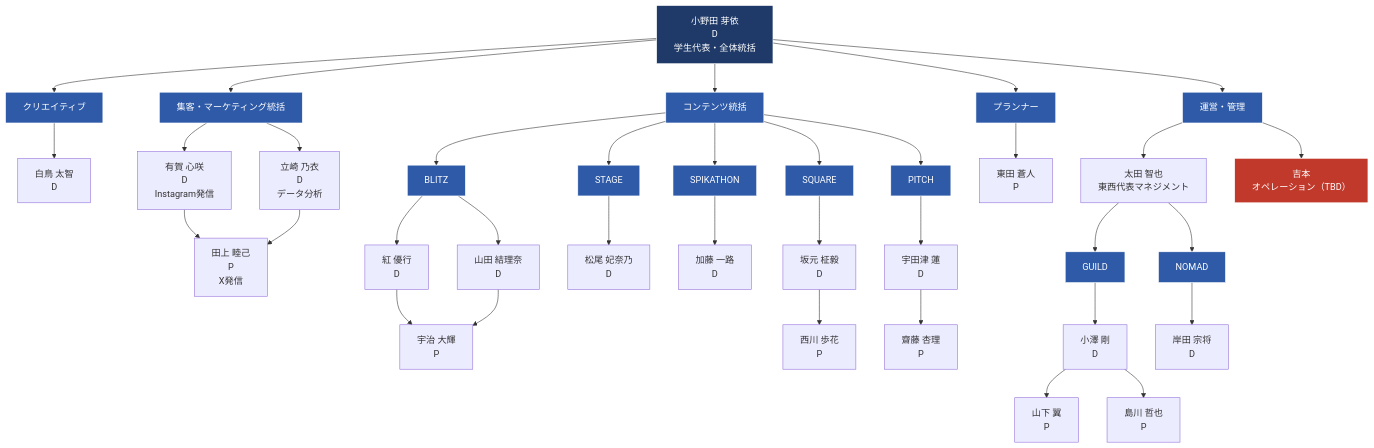
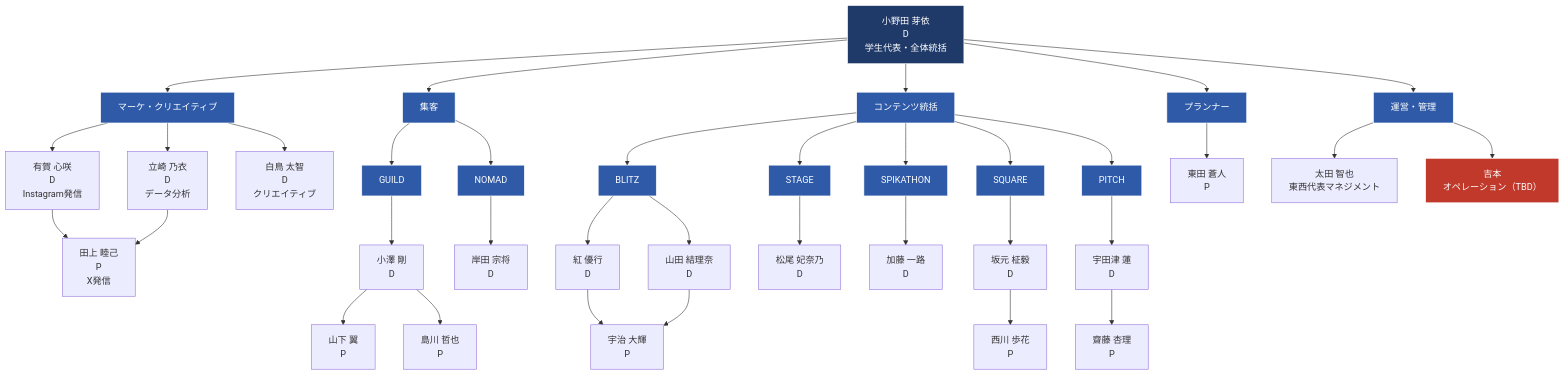
The first of 2 diagrams in spikes-org-chart.md (liofval/spikes_hr), drawn with Mermaid before and after one commit. The commit also changed other lines of this file and 1 other file, not shown here.

Commit message:
マーケ・クリエイティブと集客を分離
- 旧 MktHQ を「マーケ・クリエイティブ」に改称、白鳥（クリエイティブ）を統合
- 新規「集客」グループを設置し GUILD/NOMAD を配置
- 担当者マップ側の subgraph も同構造に再編

````diff
--- a/spikes-org-chart.md
+++ b/spikes-org-chart.md
@@ -7,58 +7,58 @@
 ```mermaid
 graph TD
     Onoda["小野田 芽依<br/>D<br/>学生代表・全体統括"]
 
-    Onoda --> CreativeHQ["クリエイティブ"]
-    Onoda --> MktHQ["集客・マーケティング統括"]
+    Onoda --> MktHQ["マーケ・クリエイティブ"]
+    Onoda --> PromoHQ["集客"]
     Onoda --> ContentHQ["コンテンツ統括"]
     Onoda --> PlannerHQ["プランナー"]
     Onoda --> OpsHQ["運営・管理"]
 
-    %% 集客
+    %% マーケ・クリエイティブ
     MktHQ --> Aruga["有賀 心咲<br/>D<br/>Instagram発信"]
     MktHQ --> Tatsuzaki["立崎 乃衣<br/>D<br/>データ分析"]
+    MktHQ --> Shiratori["白鳥 太智<br/>D<br/>クリエイティブ"]
     Aruga --> Tagami["田上 睦己<br/>P<br/>X発信"]
     Tatsuzaki --> Tagami
-    Ota --> GUILD["GUILD"]
-    Ota --> NOMAD["NOMAD"]
+
+    %% 集客
+    PromoHQ --> GUILD["GUILD"]
+    PromoHQ --> NOMAD["NOMAD"]
     GUILD --> Ozawa["小澤 剛<br/>D"]
     Ozawa --> Yamashita["山下 翼<br/>P"]
     Ozawa --> Shimakawa["島川 哲也<br/>P"]
     NOMAD --> Kishida["岸田 宗将<br/>D"]
 
     %% コンテンツ
     ContentHQ --> BLITZ["BLITZ"]
     ContentHQ --> STAGE["STAGE"]
     ContentHQ --> SPIKATHON["SPIKATHON"]
     ContentHQ --> SQUARE["SQUARE"]
     ContentHQ --> PITCH["PITCH"]
     BLITZ --> Kurenai["紅 優行<br/>D"]
     BLITZ --> Yamada["山田 結理奈<br/>D"]
     Kurenai --> Uji["宇治 大輝<br/>P"]
     Yamada --> Uji
     STAGE --> Matsuo["松尾 妃奈乃<br/>D"]
     SPIKATHON --> Kato["加藤 一路<br/>D"]
     SQUARE --> Sakamoto["坂元 柾毅<br/>D"]
     Sakamoto --> Nishikawa["西川 歩花<br/>P"]
     PITCH --> Udatsu["宇田津 蓮<br/>D"]
     Udatsu --> Saito["齋藤 杏理<br/>P"]
 
-    %% クリエイティブ
-    CreativeHQ --> Shiratori["白鳥 太智<br/>D"]
-
     %% プランナー
     PlannerHQ --> Azumada["東田 蒼人<br/>P"]
 
     %% 運営・管理
     OpsHQ --> Ota["太田 智也<br/>東西代表マネジメント"]
     OpsHQ --> Yoshimoto["吉本<br/>オペレーション（TBD）"]
 
     classDef head fill:#1f3a68,stroke:#fff,color:#fff;
     classDef group fill:#2e5aa8,stroke:#fff,color:#fff;
     classDef tbd fill:#c0392b,stroke:#fff,color:#fff;
     class Onoda head;
-    class MktHQ,ContentHQ,CreativeHQ,OpsHQ,PlannerHQ group;
+    class MktHQ,PromoHQ,ContentHQ,OpsHQ,PlannerHQ group;
     class BLITZ,STAGE,SPIKATHON,SQUARE,PITCH group;
     class GUILD,NOMAD group;
     class Yoshimoto tbd;
 ```
````
